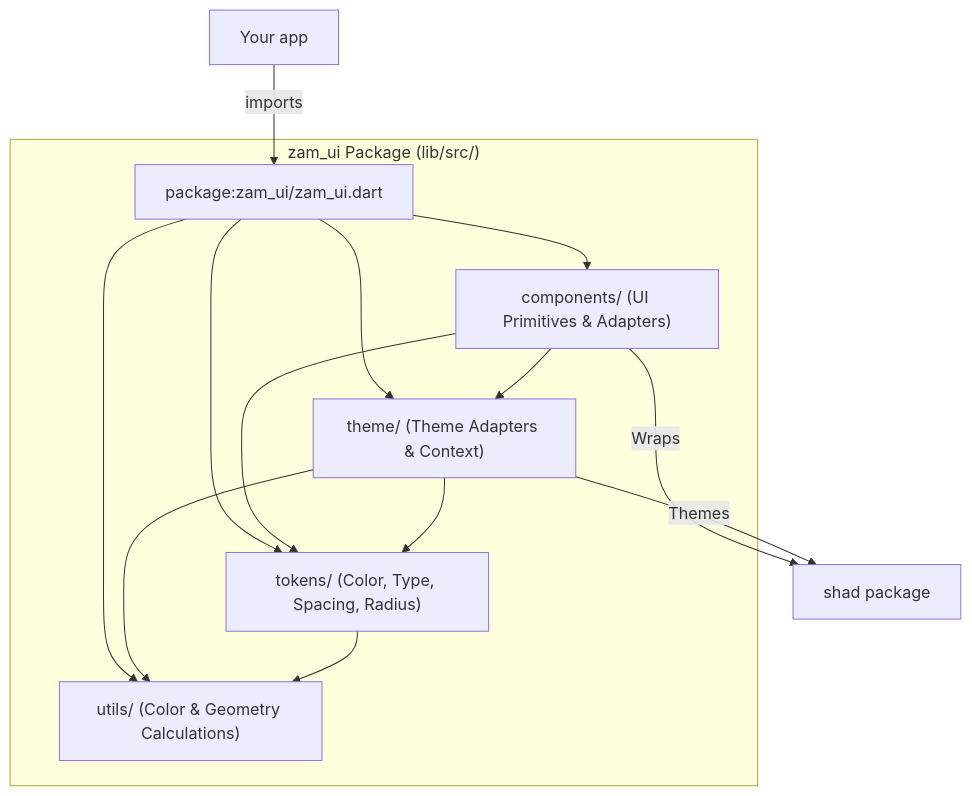
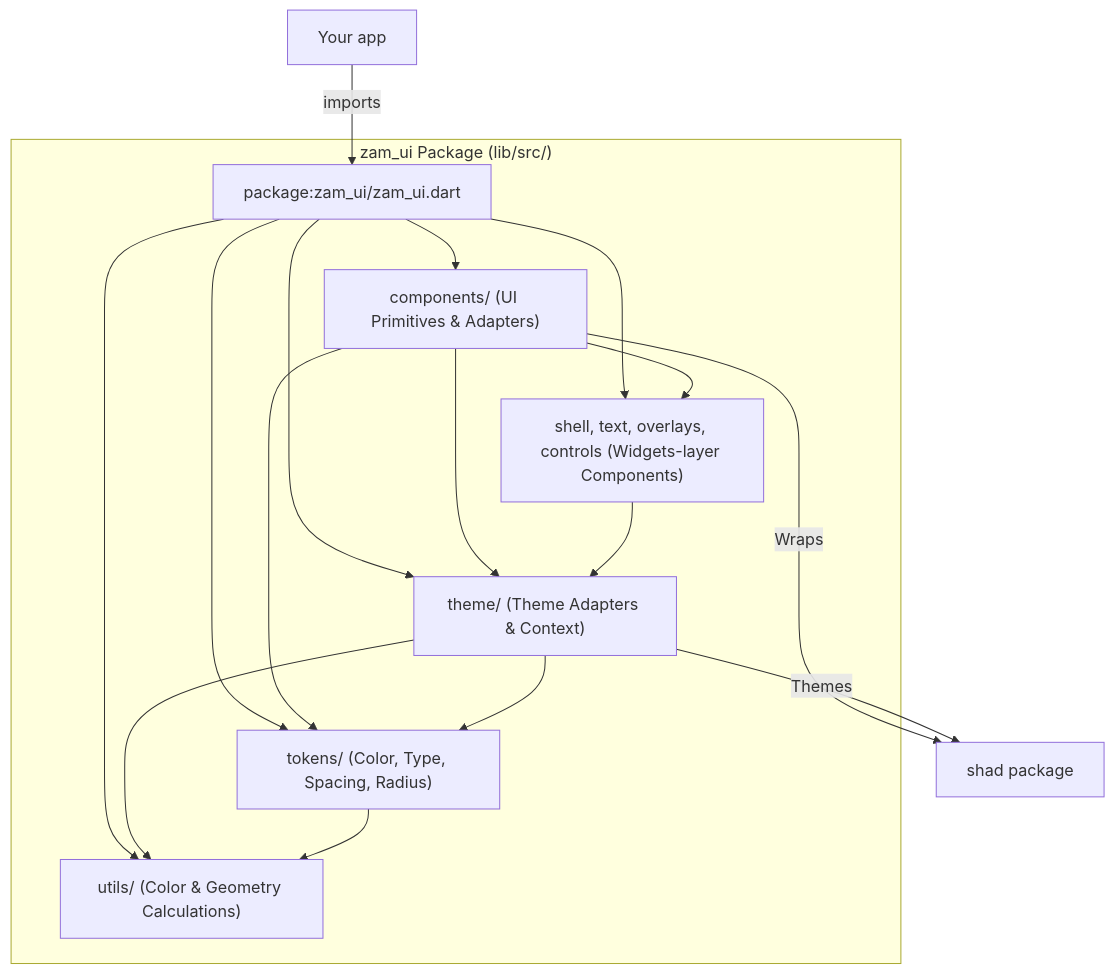
One commit to mikezamayias/zam_ui changed the diagram in README.md. Above: the diagram before and after it, drawn with Mermaid. The commit also changed other lines of this file and 9 other files, not shown here.

````diff
--- a/README.md
+++ b/README.md
@@ -17,20 +41,23 @@
 ```mermaid
 graph TD
     App["Your app"] -->|imports| PublicAPI["package:zam_ui/zam_ui.dart"]
     
     subgraph zam_ui ["zam_ui Package (lib/src/)"]
         PublicAPI --> Components["components/ (UI Primitives & Adapters)"]
+        PublicAPI --> Widgets["shell, text, overlays, controls (Widgets-layer Components)"]
         PublicAPI --> Theme["theme/ (Theme Adapters & Context)"]
         PublicAPI --> Tokens["tokens/ (Color, Type, Spacing, Radius)"]
         PublicAPI --> Utils["utils/ (Color & Geometry Calculations)"]
         
         Components --> Theme
         Components --> Tokens
+        Components --> Widgets
+        Widgets --> Theme
         Theme --> Tokens
         Theme --> Utils
         Tokens --> Utils
     end
     
     Components -->|Wraps| Shad["shad package"]
     Theme -->|Themes| Shad
 ```
````
